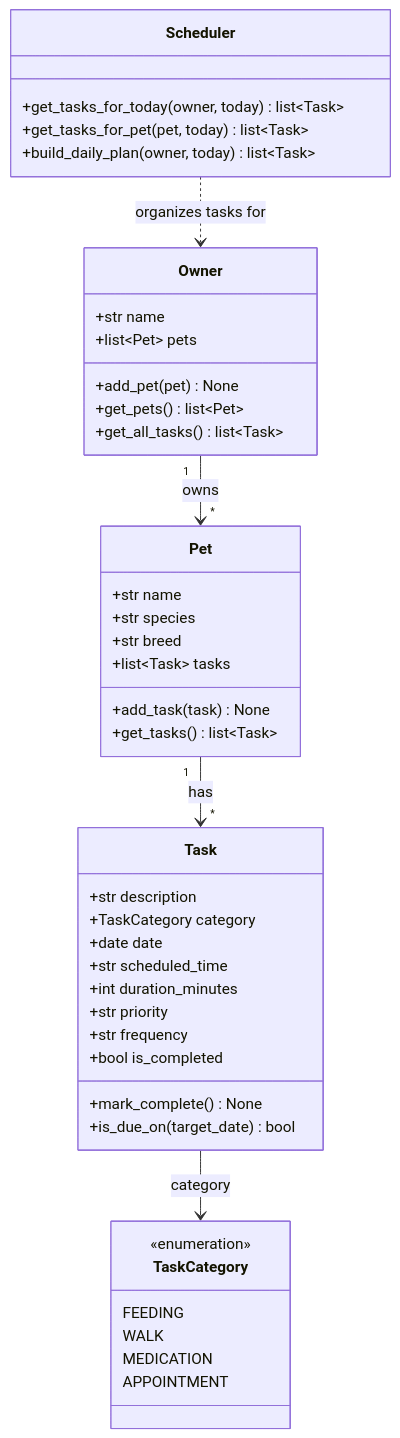
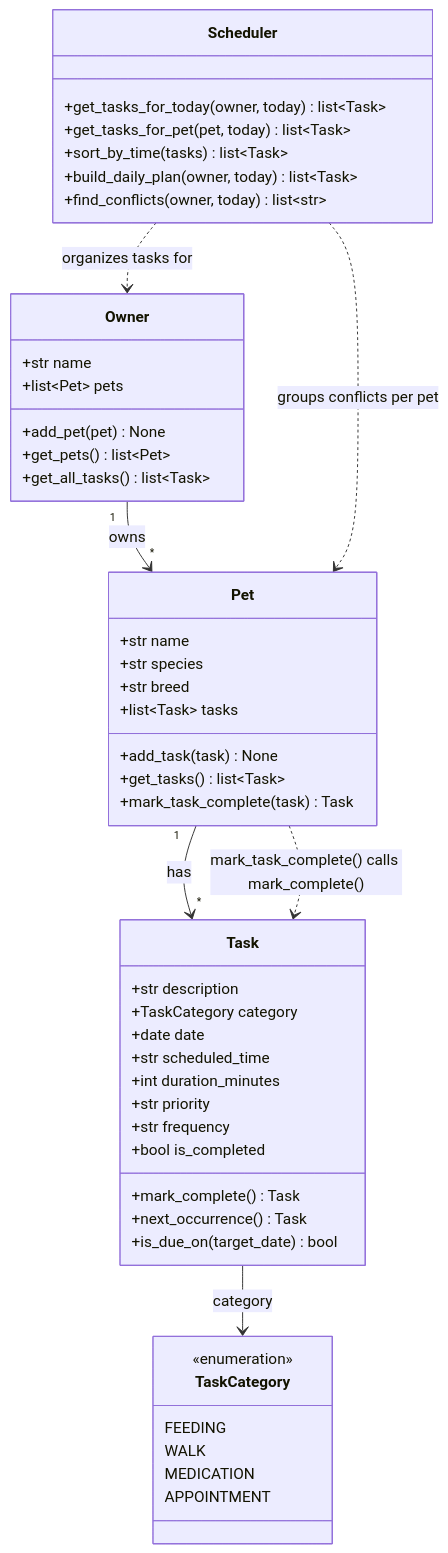
One commit to fashinao0130/ai110-module2show-pawpal-starter changed the diagram in diagrams/uml.mmd. Above: the diagram before and after it, drawn with Mermaid. The commit also changed 3 other files, not shown here.

```diff
--- a/diagrams/uml.mmd
+++ b/diagrams/uml.mmd
@@ -1,51 +1,57 @@
 classDiagram
     %% Keep this file updated so it matches your final implementation.
 
     class Owner {
         +str name
         +list~Pet~ pets
         +add_pet(pet) None
         +get_pets() list~Pet~
         +get_all_tasks() list~Task~
     }
 
     class Pet {
         +str name
         +str species
         +str breed
         +list~Task~ tasks
         +add_task(task) None
         +get_tasks() list~Task~
+        +mark_task_complete(task) Task
     }
 
     class TaskCategory {
         <<enumeration>>
         FEEDING
         WALK
         MEDICATION
         APPOINTMENT
     }
 
     class Task {
         +str description
         +TaskCategory category
         +date date
         +str scheduled_time
         +int duration_minutes
         +str priority
         +str frequency
         +bool is_completed
-        +mark_complete() None
+        +mark_complete() Task
+        +next_occurrence() Task
         +is_due_on(target_date) bool
     }
 
     class Scheduler {
         +get_tasks_for_today(owner, today) list~Task~
         +get_tasks_for_pet(pet, today) list~Task~
+        +sort_by_time(tasks) list~Task~
         +build_daily_plan(owner, today) list~Task~
+        +find_conflicts(owner, today) list~str~
     }
 
     Owner "1" --> "*" Pet : owns
     Pet "1" --> "*" Task : has
     Task --> TaskCategory : category
+    Pet ..> Task : mark_task_complete() calls mark_complete()
     Scheduler ..> Owner : organizes tasks for
+    Scheduler ..> Pet : groups conflicts per pet
```
